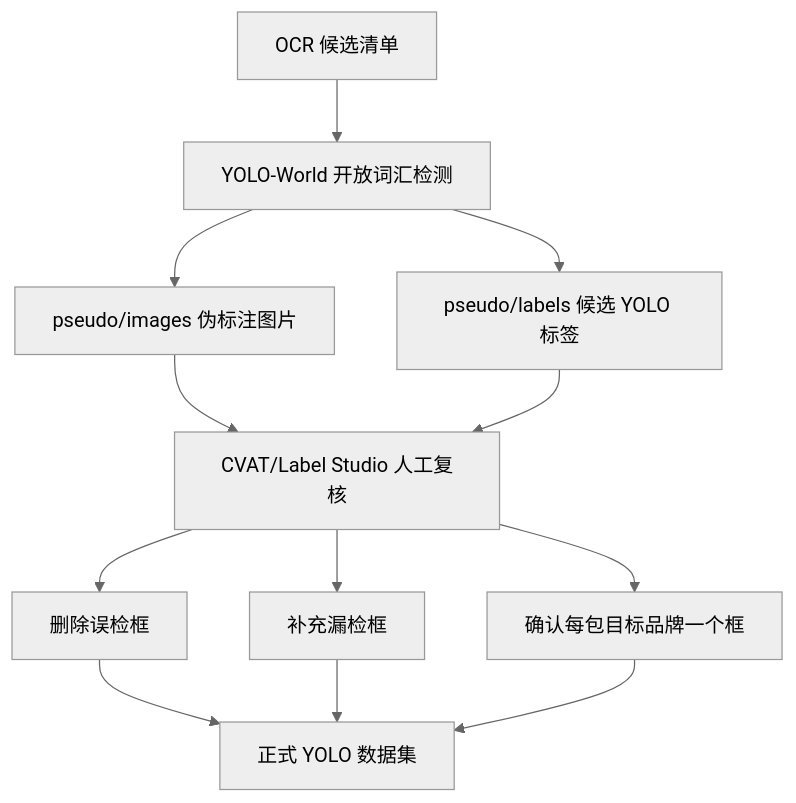
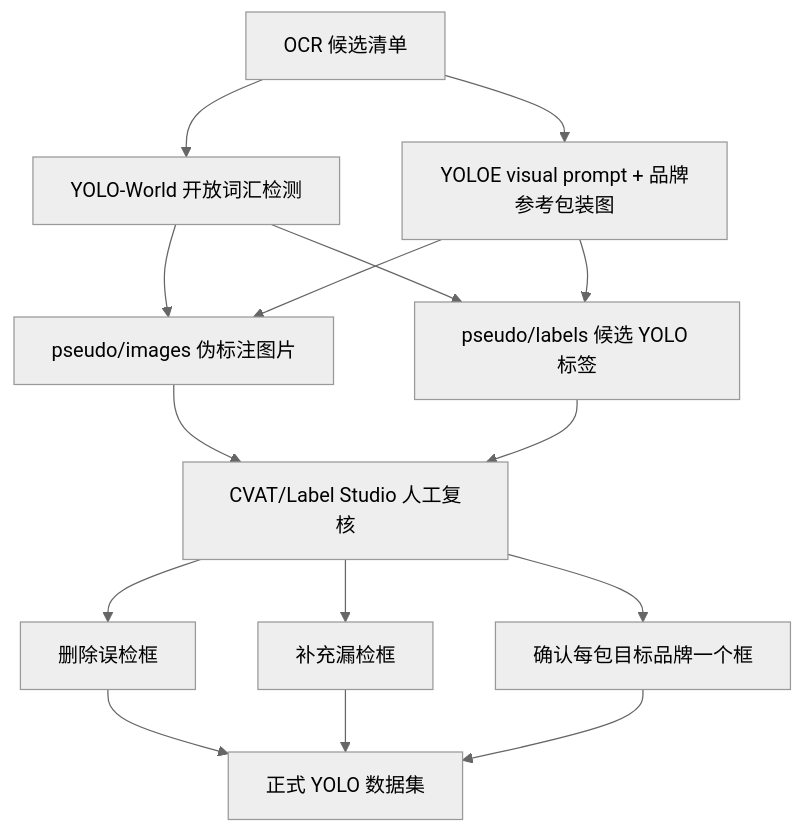
The third of 8 diagrams in 设计.md (rush1714/yoloExample), drawn with Mermaid (neutral theme) before and after one commit. The commit also changed other lines of this file and 10 other files, not shown here.

````diff
--- a/设计.md
+++ b/设计.md
@@ -117,15 +117,18 @@
 ```mermaid
 flowchart TD
     A[OCR 候选清单]
     --> B[YOLO-World 开放词汇检测]
+    A --> V[YOLOE visual prompt + 品牌参考包装图]
     B --> C[pseudo/images 伪标注图片]
     B --> D[pseudo/labels 候选 YOLO 标签]
+    V --> C
+    V --> D
     C --> E[CVAT/Label Studio 人工复核]
     D --> E
     E --> F[删除误检框]
     E --> G[补充漏检框]
     E --> H[确认每包目标品牌一个框]
     F --> I[正式 YOLO 数据集]
     G --> I
     H --> I
 ```
````
